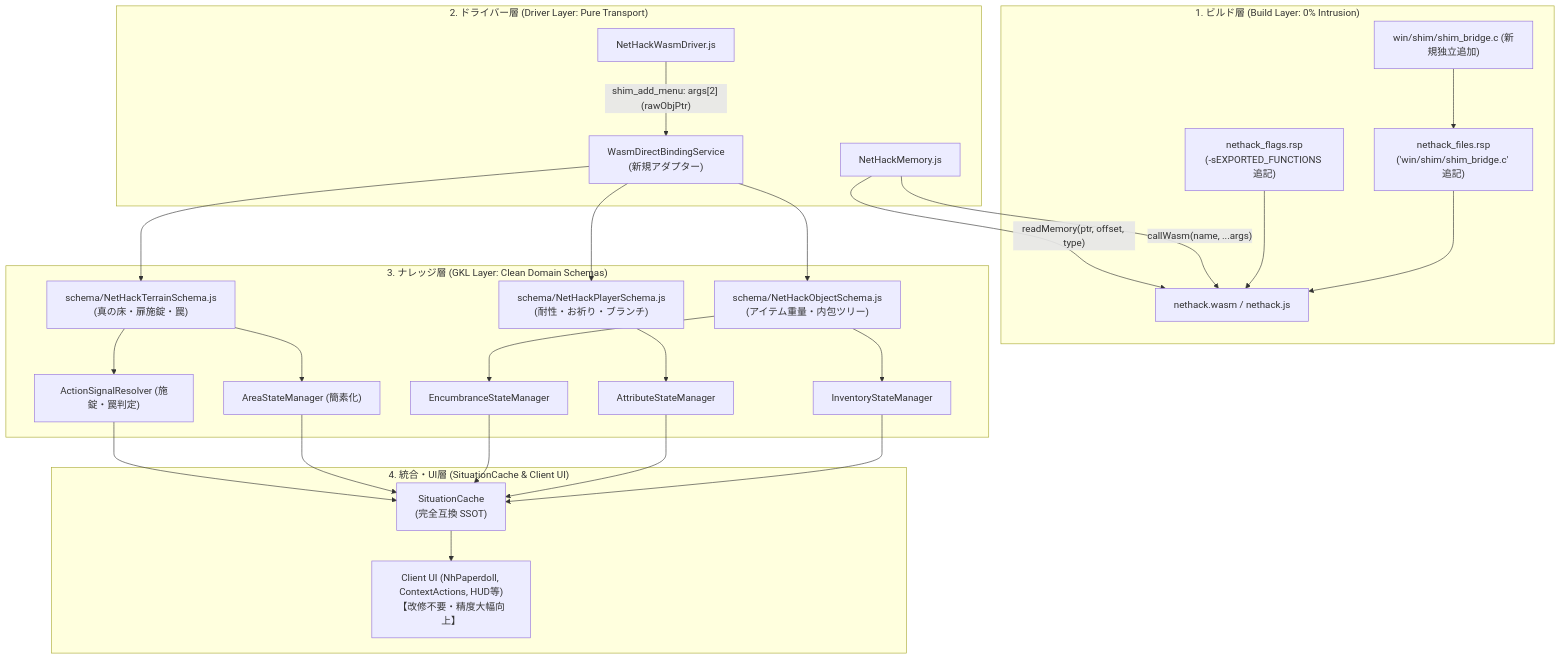
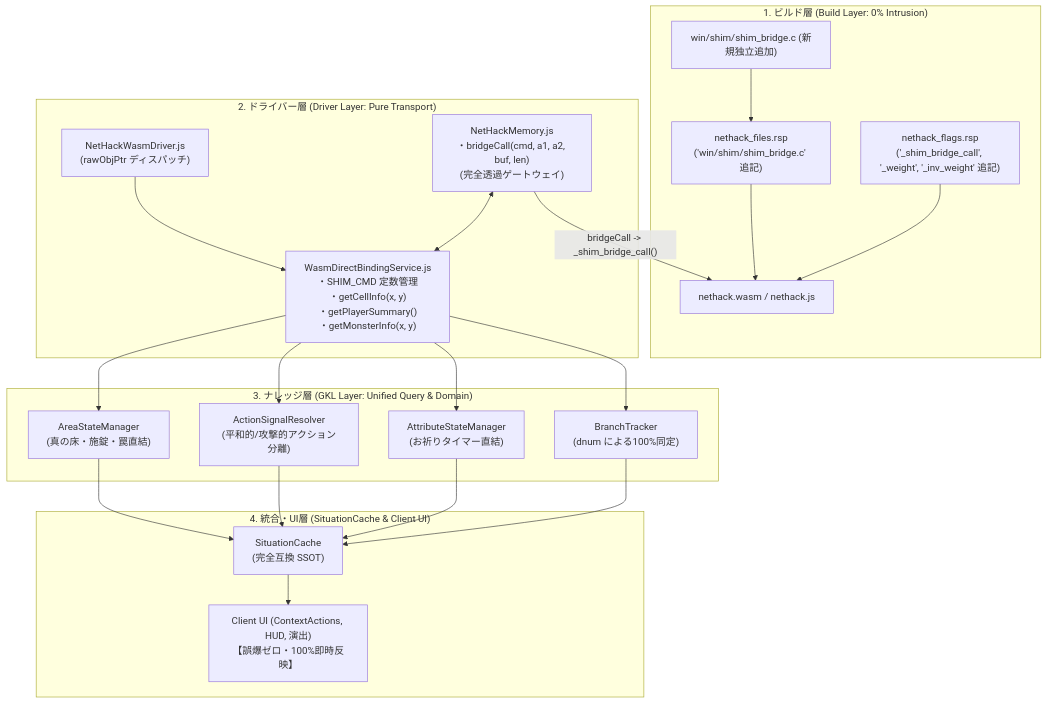
Before and after one commit to e3sh/Nethack-wasm-webUI: the diagram in docs/1_driver/official_shim_direct_binding_implementation_plan.md, drawn with Mermaid. The commit also changed other lines of this file and 16 other files, not shown here.

````diff
--- a/docs/1_driver/official_shim_direct_binding_implementation_plan.md
+++ b/docs/1_driver/official_shim_direct_binding_implementation_plan.md
@@ -118,50 +158,40 @@
 ```mermaid
 flowchart TD
     subgraph BuildLayer ["1. ビルド層 (Build Layer: 0% Intrusion)"]
         Bridge["win/shim/shim_bridge.c (新規独立追加)"]
         FilesRSP["nethack_files.rsp\n('win/shim/shim_bridge.c' 追記)"]
-        FlagsRSP["nethack_flags.rsp\n(-sEXPORTED_FUNCTIONS 追記)"]
+        FlagsRSP["nethack_flags.rsp\n('_shim_bridge_call', '_weight', '_inv_weight' 追記)"]
         WASM["nethack.wasm / nethack.js"]
         
         Bridge --> FilesRSP
         FilesRSP & FlagsRSP --> WASM
     end
 
     subgraph DriverLayer ["2. ドライバー層 (Driver Layer: Pure Transport)"]
-        NHW["NetHackWasmDriver.js"]
-        NHM["NetHackMemory.js"]
+        NHM["NetHackMemory.js\n・bridgeCall(cmd, a1, a2, buf, len)\n(完全透過ゲートウェイ)"]
+        NHW["NetHackWasmDriver.js\n(rawObjPtr ディスパッチ)"]
         
-        NHM -->|"callWasm(name, ...args)"| WASM
-        NHM -->|"readMemory(ptr, offset, type)"| WASM
-        NHW -->|"shim_add_menu: args[2] (rawObjPtr)"| GKL_Listener
+        NHM -->|"bridgeCall -> _shim_bridge_call()"| WASM
+        NHW --> GKL_Service
     end
 
-    subgraph GKLLayer ["3. ナレッジ層 (GKL Layer: Clean Domain Schemas)"]
-        GKL_Listener["WasmDirectBindingService\n(新規アダプター)"]
-        SchemaObj["schema/NetHackObjectSchema.js\n(アイテム重量・内包ツリー)"]
-        SchemaPlayer["schema/NetHackPlayerSchema.js\n(耐性・お祈り・ブランチ)"]
-        SchemaTerrain["schema/NetHackTerrainSchema.js\n(真の床・扉施錠・罠)"]
+    subgraph GKLLayer ["3. ナレッジ層 (GKL Layer: Unified Query & Domain)"]
+        GKL_Service["WasmDirectBindingService.js\n・SHIM_CMD 定数管理\n・getCellInfo(x, y)\n・getPlayerSummary()\n・getMonsterInfo(x, y)"]
         
-        GKL_Listener --> SchemaObj
-        GKL_Listener --> SchemaPlayer
-        GKL_Listener --> SchemaTerrain
+        NHM <--> GKL_Service
         
-        StateInv["InventoryStateManager"]
-        StateAttr["AttributeStateManager"]
-        StateEnc["EncumbranceStateManager"]
-        StateArea["AreaStateManager (簡素化)"]
-        ContextAct["ActionSignalResolver (施錠・罠判定)"]
+        StateArea["AreaStateManager\n(真の床・施錠・罠直結)"]
+        ContextAct["ActionSignalResolver\n(平和的/攻撃的アクション分離)"]
+        StateAttr["AttributeStateManager\n(お祈りタイマー直結)"]
+        BranchTrk["BranchTracker\n(dnum による100%同定)"]
         
-        SchemaObj --> StateInv & StateEnc
-        SchemaPlayer --> StateAttr
-        SchemaTerrain --> StateArea & ContextAct
+        GKL_Service --> StateArea & ContextAct & StateAttr & BranchTrk
     end
 
     subgraph FacadeLayer ["4. 統合・UI層 (SituationCache & Client UI)"]
         SC["SituationCache\n(完全互換 SSOT)"]
-        StateInv & StateAttr & StateEnc & StateArea & ContextAct --> SC
-        
-        UI["Client UI (NhPaperdoll, ContextActions, HUD等)\n【改修不要・精度大幅向上】"]
+        StateArea & ContextAct & StateAttr & BranchTrk --> SC
+        UI["Client UI (ContextActions, HUD, 演出)\n【誤爆ゼロ・100%即時反映】"]
         SC --> UI
     end
 ```
````
